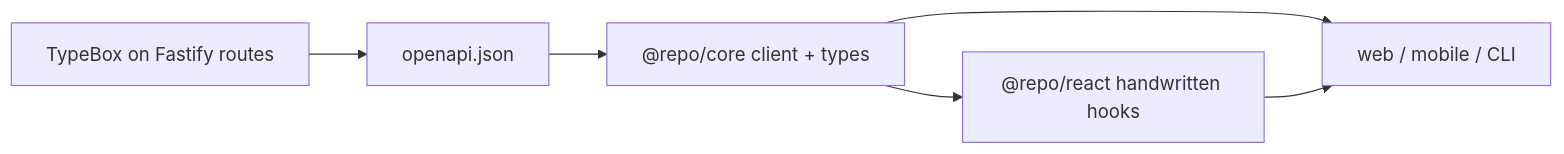
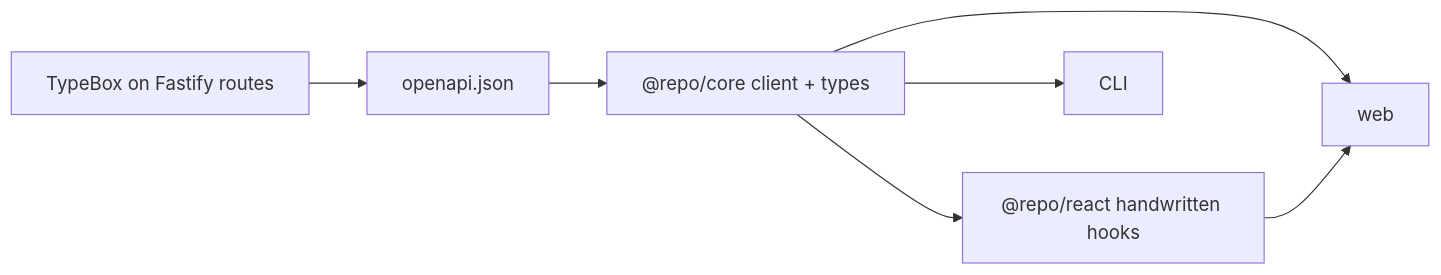
The diagram in apps/docu/content/docs/development/openapi-generation.mdx (blockmatic/basilic), drawn with Mermaid before and after one commit. The commit also changed 18 other files, not shown here.

````diff
--- a/apps/docu/content/docs/development/openapi-generation.mdx
+++ b/apps/docu/content/docs/development/openapi-generation.mdx
@@ -8,8 +8,9 @@
 ```mermaid
 flowchart LR
   TypeBox[TypeBox on Fastify routes] --> OpenAPI[openapi.json]
   OpenAPI --> Core["@repo/core client + types"]
   Core --> React["@repo/react handwritten hooks"]
-  Core --> Apps[web / mobile / CLI]
-  React --> Apps
+  Core --> Web[web]
+  Core --> Cli[CLI]
+  React --> Web
 ```
````
